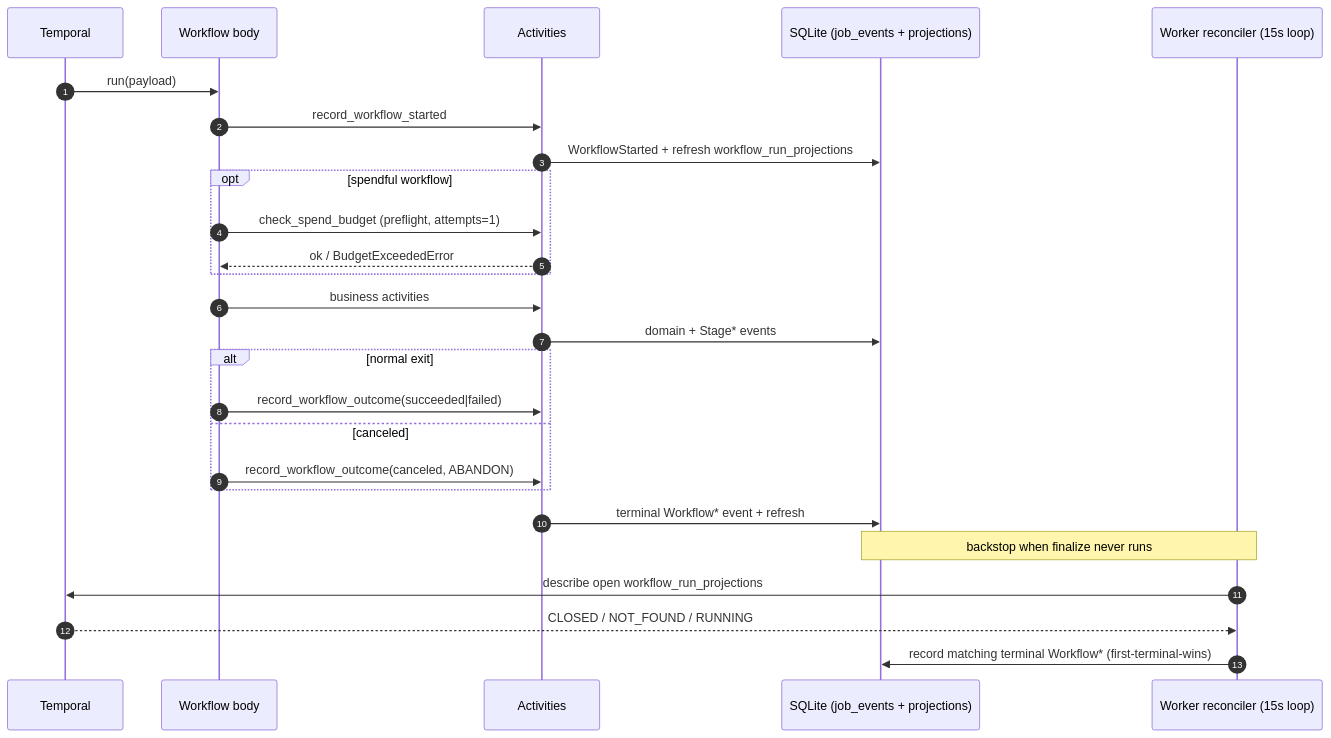
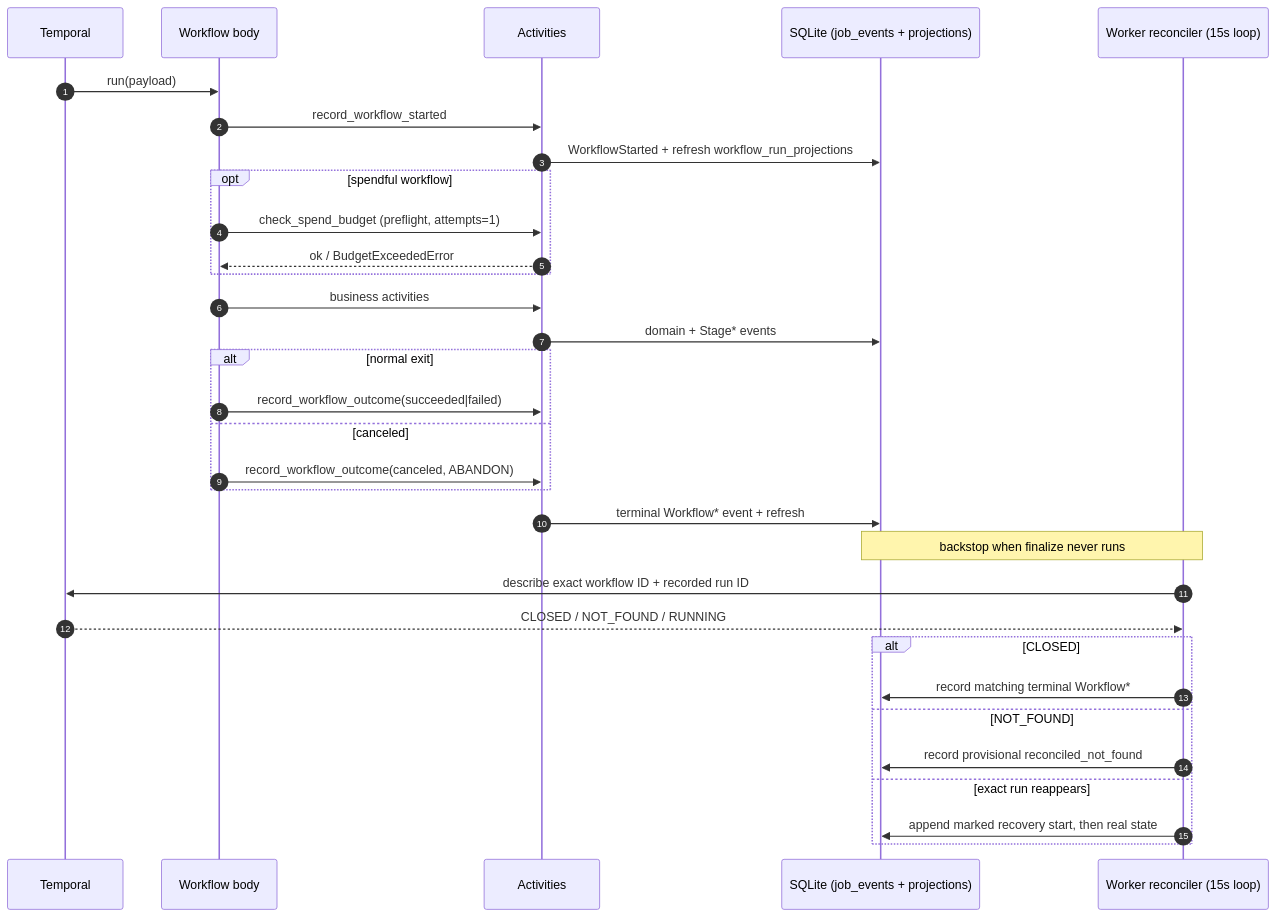
The diagram in docs/architecture/pipeline/envelope.md (ebarti/JobCtrl), drawn with Mermaid before and after one commit. The commit also changed other lines of this file and 208 other files, not shown here.

````diff
--- a/docs/architecture/pipeline/envelope.md
+++ b/docs/architecture/pipeline/envelope.md
@@ -38,29 +38,35 @@
 ```mermaid
 sequenceDiagram
     autonumber
     participant T as Temporal
     participant WF as Workflow body
     participant Act as Activities
     participant DB as SQLite (job_events + projections)
     participant Rec as Worker reconciler (15s loop)
 
     T->>WF: run(payload)
     WF->>Act: record_workflow_started
     Act->>DB: WorkflowStarted + refresh workflow_run_projections
     opt spendful workflow
         WF->>Act: check_spend_budget (preflight, attempts=1)
         Act-->>WF: ok / BudgetExceededError
     end
     WF->>Act: business activities
     Act->>DB: domain + Stage* events
     alt normal exit
         WF->>Act: record_workflow_outcome(succeeded|failed)
     else canceled
         WF->>Act: record_workflow_outcome(canceled, ABANDON)
     end
     Act->>DB: terminal Workflow* event + refresh
     Note over Rec,DB: backstop when finalize never runs
-    Rec->>T: describe open workflow_run_projections
+    Rec->>T: describe exact workflow ID + recorded run ID
     T-->>Rec: CLOSED / NOT_FOUND / RUNNING
-    Rec->>DB: record matching terminal Workflow* (first-terminal-wins)
+    alt CLOSED
+        Rec->>DB: record matching terminal Workflow*
+    else NOT_FOUND
+        Rec->>DB: record provisional reconciled_not_found
+    else exact run reappears
+        Rec->>DB: append marked recovery start, then real state
+    end
 ```
````
